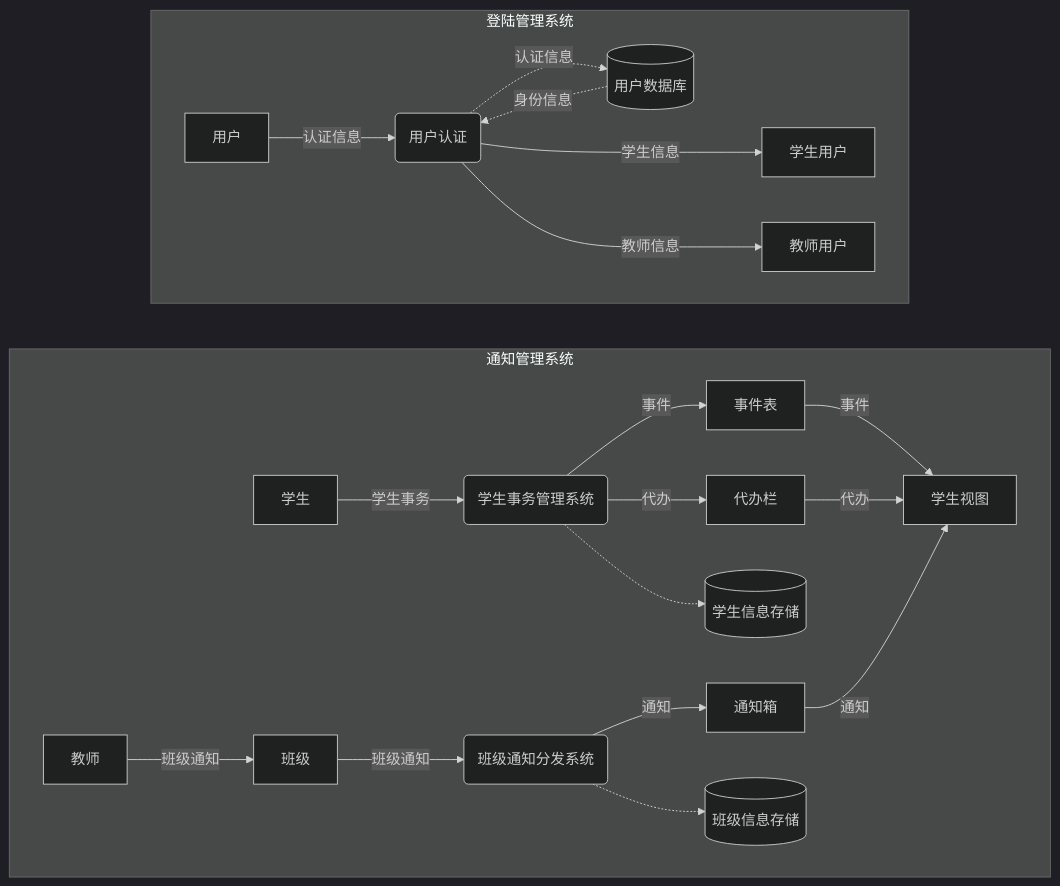
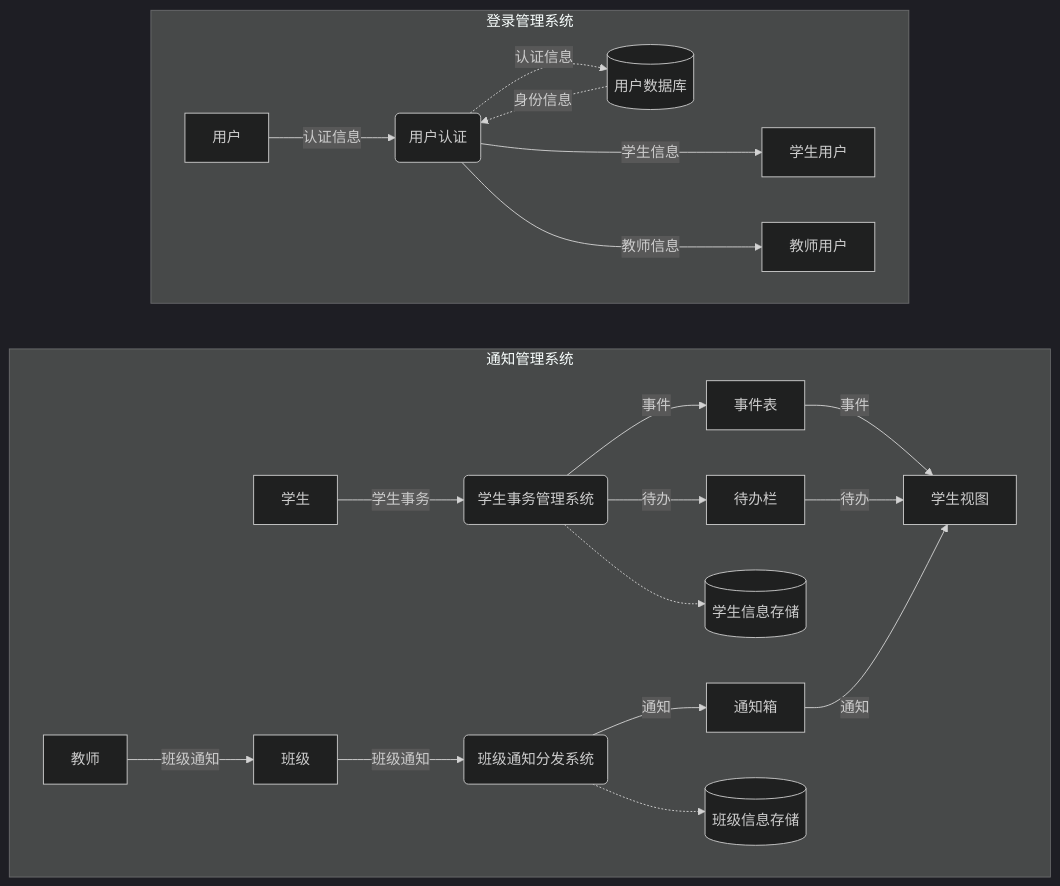
The diagram in doc/need-anal/func-lv2.mmd (Group-Lynx/grid), drawn with Mermaid (dark theme) before and after one commit. The commit also changed 3 other files, not shown here.

```diff
--- a/doc/need-anal/func-lv2.mmd
+++ b/doc/need-anal/func-lv2.mmd
@@ -1,50 +1,50 @@
 flowchart LR
     subgraph InfoSys["通知管理系统"]
         direction LR
 
         Student["学生"]
         Teacher["教师"]
         Class["班级"]
         StudentView["学生视图"]
         EventView["事件表"]
-        TodoView["代办栏"]
+        TodoView["待办栏"]
         MsgView["通知箱"]
         EventDistribute("班级通知分发系统")
         EventCenter("学生事务管理系统")
         StudentDB[("学生信息存储")]
         ClassDB[("班级信息存储")]
 
         Student -->|"学生事务"| EventCenter
         EventCenter -->|"事件"| EventView
-        EventCenter -->|"代办"| TodoView
+        EventCenter -->|"待办"| TodoView
 
         Teacher -->|"班级通知"| Class -->|"班级通知"| EventDistribute -->|"通知"| MsgView
 
         EventView -->|"事件"| StudentView
-        TodoView -->|"代办"| StudentView
+        TodoView -->|"待办"| StudentView
         MsgView -->|"通知"| StudentView
 
         EventCenter -.-> StudentDB
         EventDistribute -.-> ClassDB
 
     end
 
-    subgraph LoginSys["登陆管理系统"]
+    subgraph LoginSys["登录管理系统"]
         direction LR
 
         
         User["用户"]
         Auth("用户认证")
         StuUser["学生用户"]
         TchUser["教师用户"]
 
         UserDB[("用户数据库")]
 
         User -->|"认证信息"| Auth
         Auth --->|"学生信息"| StuUser
         Auth --->|"教师信息"| TchUser
 
         Auth -.->|"认证信息"| UserDB
         UserDB -.->|"身份信息"| Auth
 
     end
```
